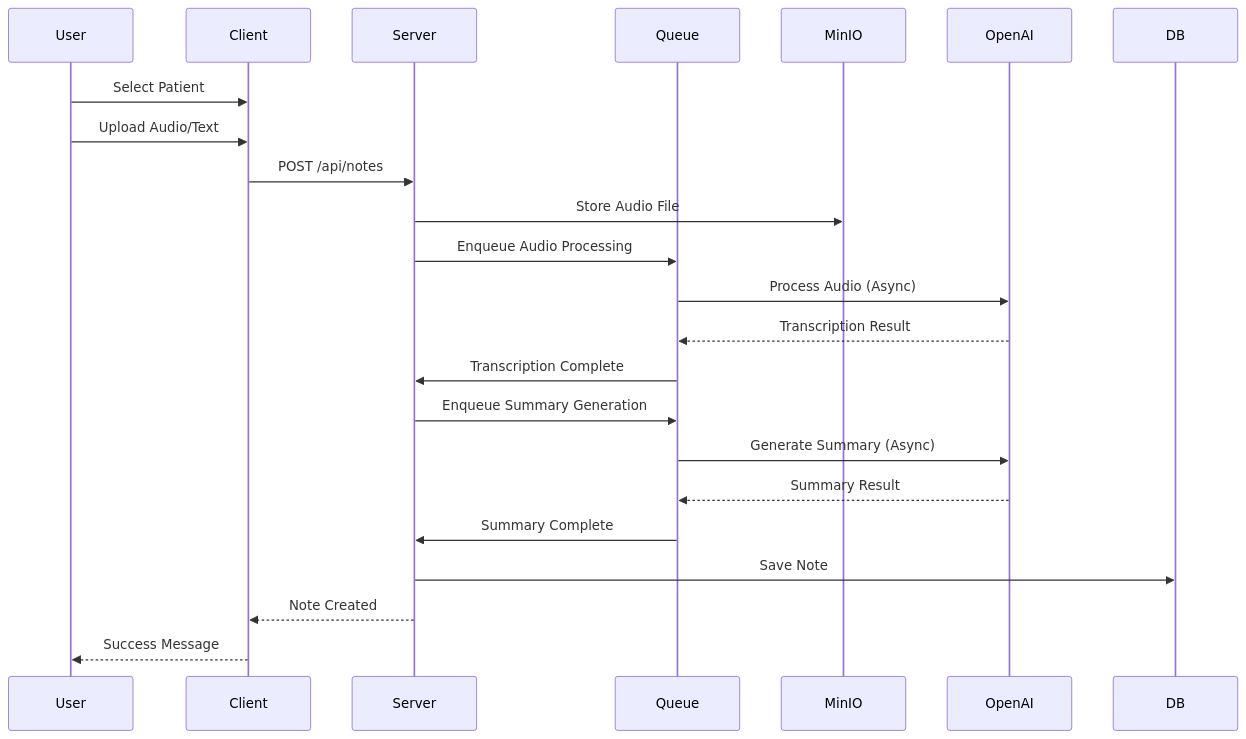
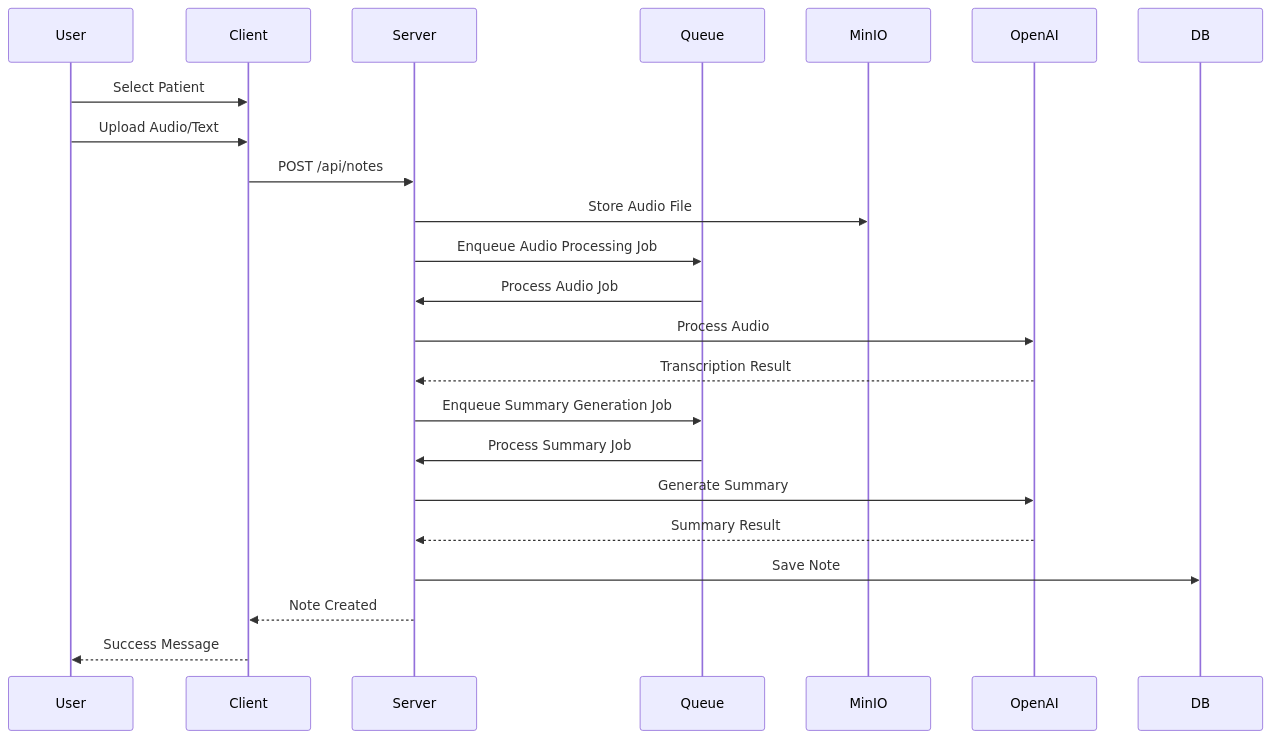
One commit to fbsis/aiScribe changed the second of 4 diagrams in architecture.md. Above: the diagram before and after it, drawn with Mermaid. The commit also changed other lines of this file, not shown here.

First line of the commit message:
feat: enhance queue system integration

````diff
--- a/architecture.md
+++ b/architecture.md
@@ -32,26 +35,26 @@
 ```mermaid
 sequenceDiagram
     participant User
     participant Client
     participant Server
     participant Queue
     participant MinIO
     participant OpenAI
     participant DB
 
     User->>Client: Select Patient
     User->>Client: Upload Audio/Text
     Client->>Server: POST /api/notes
     Server->>MinIO: Store Audio File
-    Server->>Queue: Enqueue Audio Processing
-    Queue->>OpenAI: Process Audio (Async)
-    OpenAI-->>Queue: Transcription Result
-    Queue->>Server: Transcription Complete
-    Server->>Queue: Enqueue Summary Generation
-    Queue->>OpenAI: Generate Summary (Async)
-    OpenAI-->>Queue: Summary Result
-    Queue->>Server: Summary Complete
+    Server->>Queue: Enqueue Audio Processing Job
+    Queue->>Server: Process Audio Job
+    Server->>OpenAI: Process Audio
+    OpenAI-->>Server: Transcription Result
+    Server->>Queue: Enqueue Summary Generation Job
+    Queue->>Server: Process Summary Job
+    Server->>OpenAI: Generate Summary
+    OpenAI-->>Server: Summary Result
     Server->>DB: Save Note
     Server-->>Client: Note Created
     Client-->>User: Success Message
 ```
````
